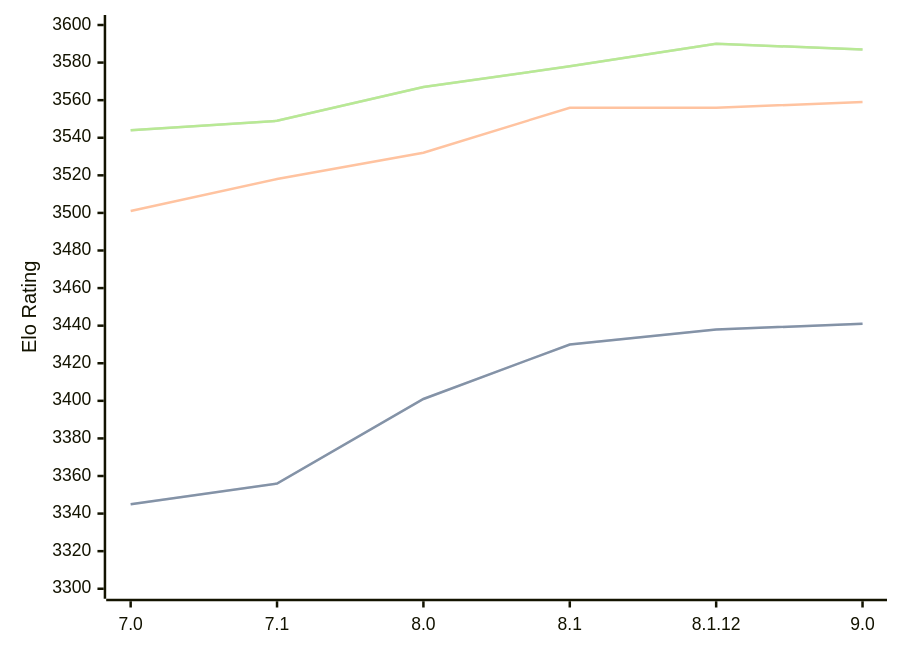
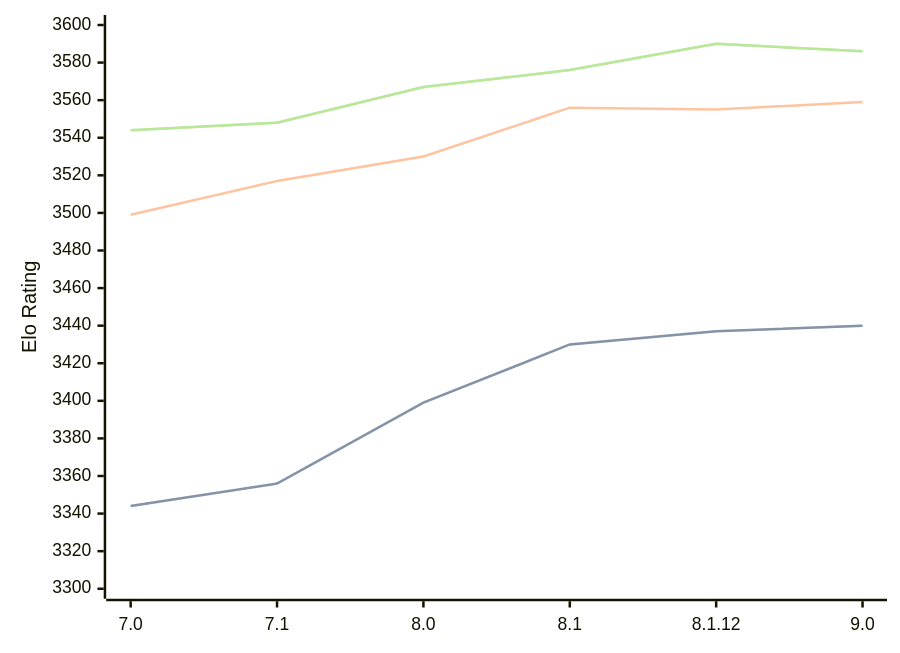
Before and after one commit to computer-chess-index/cci: the diagram in engines/Alexandria.md, drawn with Mermaid. The commit also changed other lines of this file, not shown here.

Commit message:
Update CCI Ratings (ELO VLTC) - 2026-10-01

````diff
--- a/engines/Alexandria.md
+++ b/engines/Alexandria.md
@@ -36,11 +36,11 @@
 ```mermaid
 %%{init: {"theme":"base","themeVariables":{"seriesColors:['#a3a3a3','#222221','#faa371']}}}%%
 xychart-beta
   x-axis ["7.0", "7.1", "8.0", "8.1", "8.1.12", "9.0"]
   y-axis "Elo Rating" 3300 --> 3600
-  line "" [3345, 3356, 3401, 3430, 3438, 3441]
-  line "STC (8.0+0.08s)" [3345, 3356, 3401, 3430, 3438, 3441]
-  line "LTC (60.0+0.60s)" [3501, 3518, 3532, 3556, 3556, 3559]
-  line "" [3544, 3549, 3567, 3578, 3590, 3587]
-  line "VLTC (2m24s+1.12s)" [3544, 3549, 3567, 3578, 3590, 3587]
+  line "" [3344, 3356, 3399, 3430, 3437, 3440]
+  line "STC (8.0+0.08s)" [3344, 3356, 3399, 3430, 3437, 3440]
+  line "LTC (60.0+0.60s)" [3499, 3517, 3530, 3556, 3555, 3559]
+  line "" [3544, 3548, 3567, 3576, 3590, 3586]
+  line "VLTC (2m24s+1.12s)" [3544, 3548, 3567, 3576, 3590, 3586]
 ```
````
